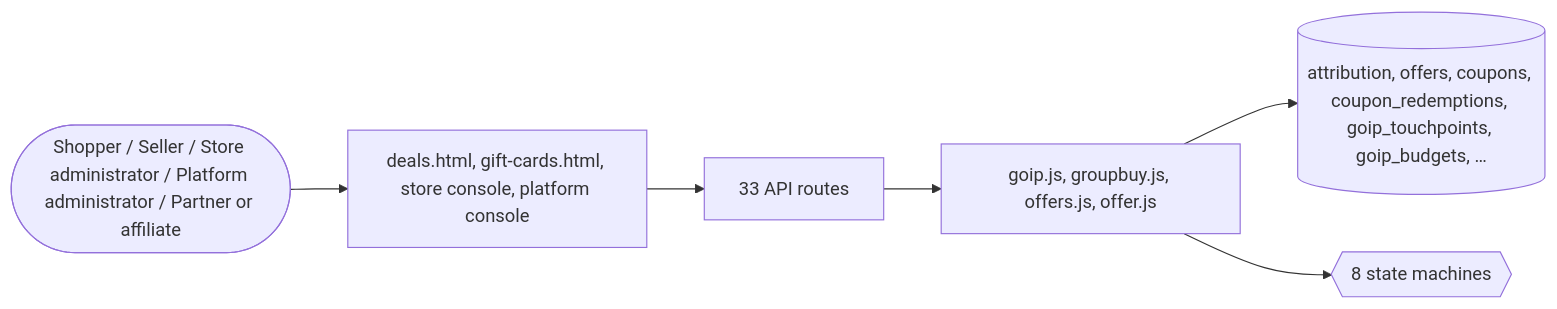
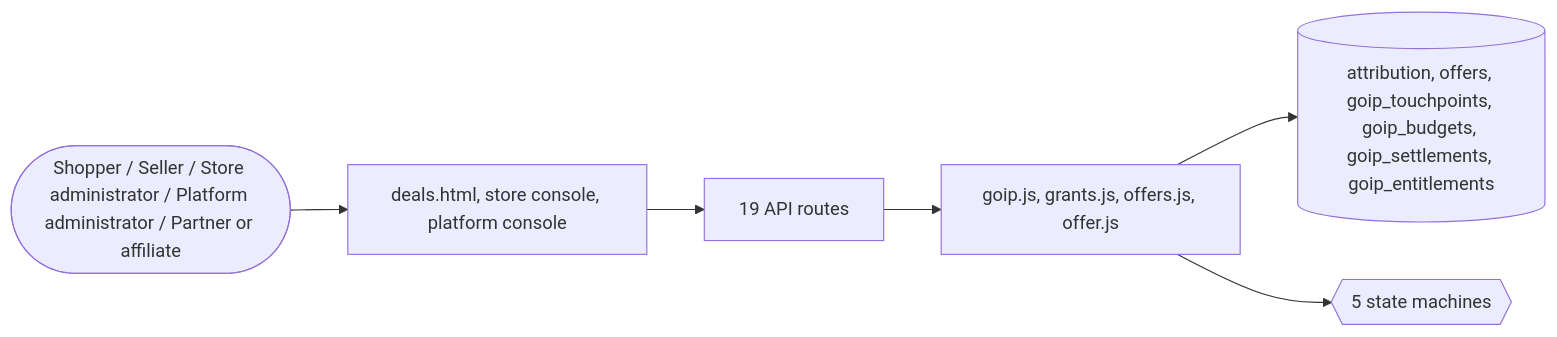
Before and after one commit to echelonxventures-Projects/universal-product: the sixth of 6 diagrams in docs/domains/offer.md, drawn with Mermaid. The commit also changed other lines of this file and 56 other files, not shown here.

````diff
--- a/docs/domains/offer.md
+++ b/docs/domains/offer.md
@@ -456,8 +277,8 @@
 ```mermaid
 flowchart LR
-  U([Shopper / Seller / Store administrator / Platform administrator / Partner or affiliate]) --> UI[deals.html, gift-cards.html, store console, platform console]
-  UI --> API[33 API routes]
-  API --> ENG[goip.js, groupbuy.js, offers.js, offer.js]
-  ENG --> DB[(attribution, offers, coupons, coupon_redemptions, goip_touchpoints, goip_budgets, …)]
-  ENG --> SM{{8 state machines}}
+  U([Shopper / Seller / Store administrator / Platform administrator / Partner or affiliate]) --> UI[deals.html, store console, platform console]
+  UI --> API[19 API routes]
+  API --> ENG[goip.js, grants.js, offers.js, offer.js]
+  ENG --> DB[(attribution, offers, goip_touchpoints, goip_budgets, goip_settlements, goip_entitlements)]
+  ENG --> SM{{5 state machines}}
 ```
````
